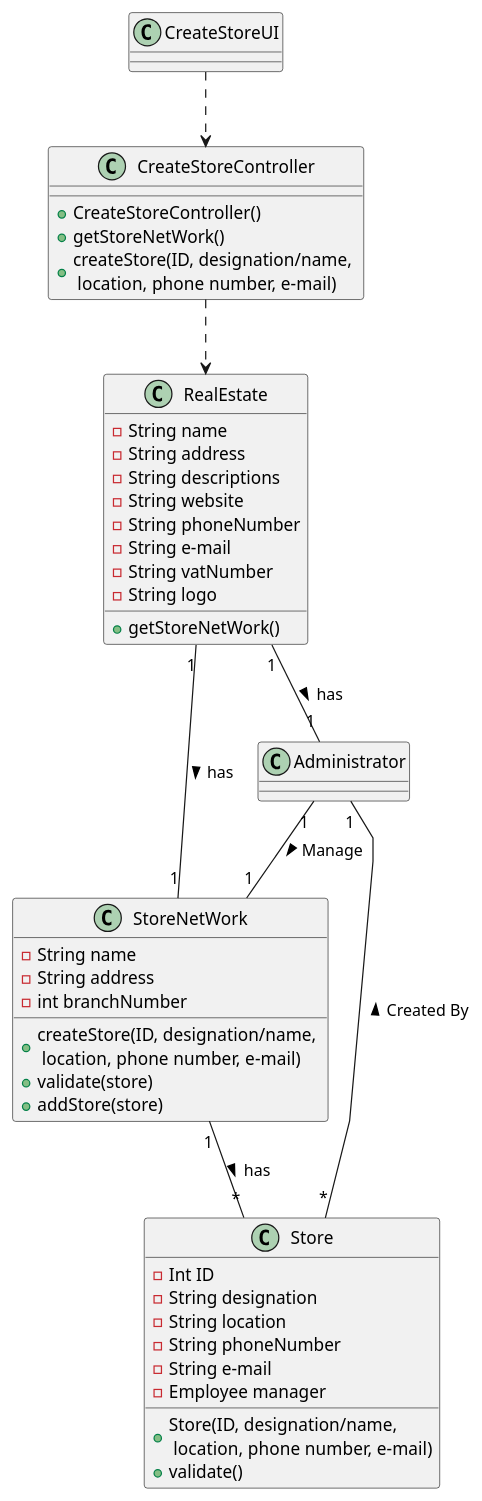
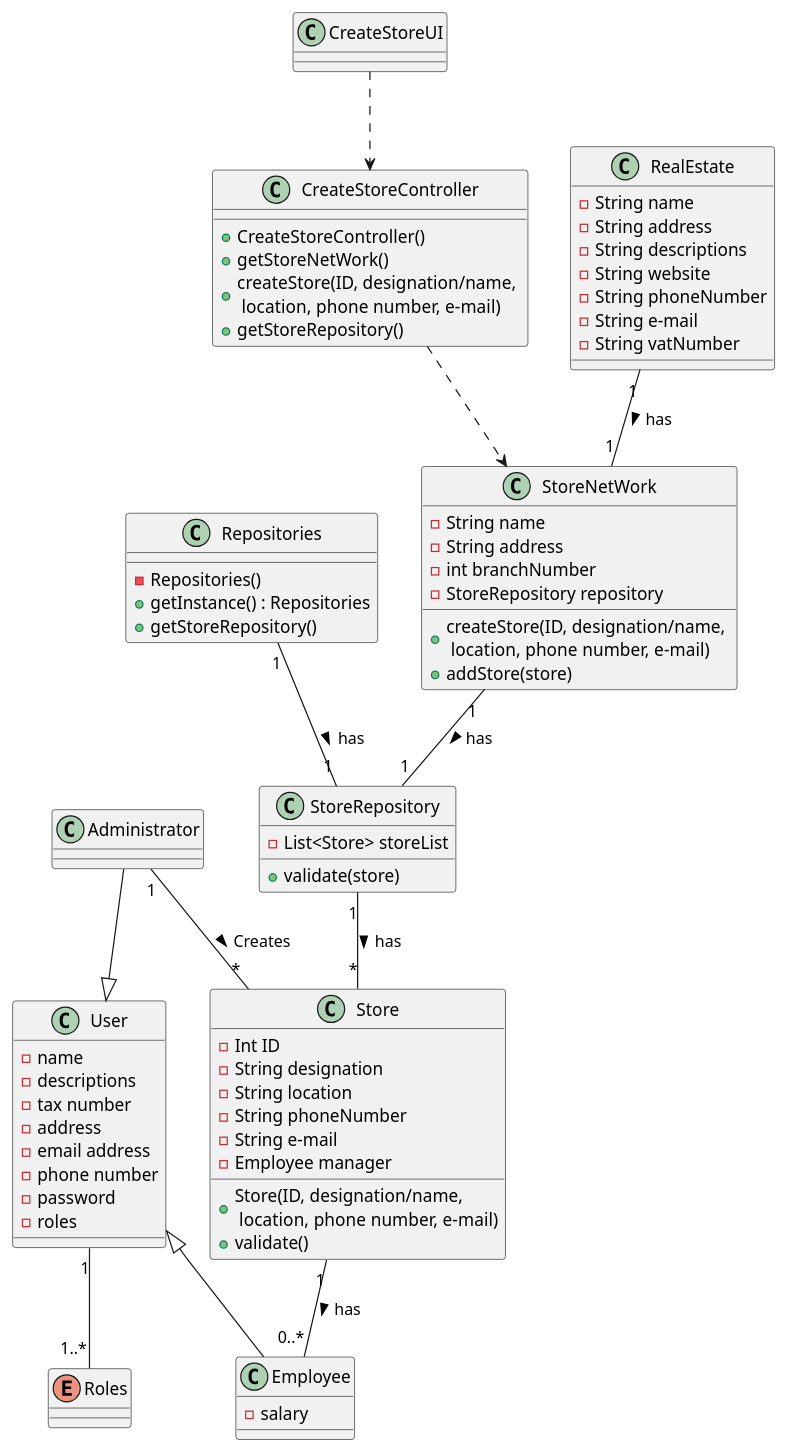
The diagram in lei-22-s2-1do-g68/docs/SprintB/us005/03.design/puml/us005-ClassDiagram.puml (hugosilva2901/lei-22-s2-1DO-g68), drawn with PlantUML before and after one commit. The commit also changed 1 other file, not shown here.

Commit message:
US005 - Updade Class Diagram

```diff
--- a/lei-22-s2-1do-g68/docs/SprintB/us005/03.design/puml/us005-ClassDiagram.puml
+++ b/lei-22-s2-1do-g68/docs/SprintB/us005/03.design/puml/us005-ClassDiagram.puml
@@ -1,74 +1,92 @@
 @startuml
 'skinparam monochrome true
 skinparam packageStyle rectangle
 skinparam shadowing false
 skinparam linetype polyline
 'skinparam linetype orto
 
+class Employee extends User{
+    -salary
+}
+enum Roles{
 
+}
+class User{
+    - name
+    - descriptions
+    - tax number
+    - address
+    - email address
+    - phone number
+    - password
+    - roles
 
+}
 
+class Repositories {
+    - Repositories()
+    + getInstance() : Repositories
+    + getStoreRepository()
+}
 
 class CreateStoreUI{
 }
 class CreateStoreController{
     + CreateStoreController()
     + getStoreNetWork()
     + createStore(ID, designation/name, \n location, phone number, e-mail)
-
+    + getStoreRepository()
 }
 'left to right direction
 
 class RealEstate{
-    + getStoreNetWork()
     - String name
     - String address
     - String descriptions
     - String website
     - String phoneNumber
     - String e-mail
     - String vatNumber
-    - String logo
-
 }
 class StoreNetWork{
     + createStore(ID, designation/name, \n location, phone number, e-mail)
-    + validate(store)
     + addStore(store)
     - String name
     - String address
     - int branchNumber
+    - StoreRepository repository
 }
 class Administrator{
 }
 class Store{
     + Store(ID, designation/name, \n location, phone number, e-mail)
     + validate()
     - Int ID
     - String designation
     - String location
     - String phoneNumber
     - String e-mail
     - Employee manager
 
 }
 
+class StoreRepository{
+    - List<Store> storeList
+    + validate(store)
+
+}
+
+RealEstate "1" --"1" StoreNetWork : > has
+CreateStoreUI ..> CreateStoreController
+CreateStoreController ..> StoreNetWork
+Repositories "1"--"1" StoreRepository : > has
+StoreRepository "1"--"*" Store : > has
 
 
-CreateStoreController ..> RealEstate
-
-RealEstate "1"--"1" Administrator : has >
-RealEstate "1"--"1" StoreNetWork : has >
-
-
-
-
-StoreNetWork "1"--"*" Store : has >
-Administrator "1"--"*" Store : Created By <
-Administrator "1"--"1" StoreNetWork : Manage >
-CreateStoreUI ..> CreateStoreController
-
-
-
+Administrator --|> User
+User "1"--"1..*" Roles
+Administrator "1"--"*" Store : > Creates
+StoreNetWork "1"--"1" StoreRepository : > has
+Store "1"--"0..*" Employee : > has
 
 @enduml
```
